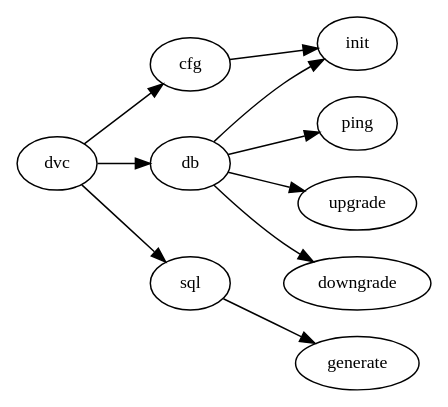
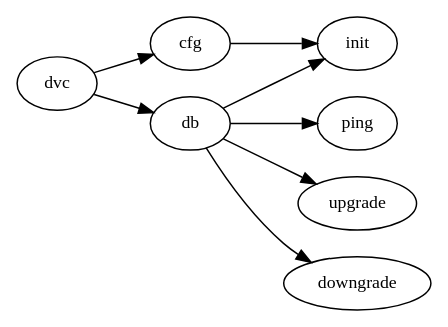
The first of 6 diagrams in docs/design/overview.rst (kenho811/Python_Database_Version_Control), drawn with Graphviz before and after one commit. The commit also changed other lines of this file and 6 other files, not shown here.

```diff
--- a/docs/design/overview.rst
+++ b/docs/design/overview.rst
@@ -14,18 +14,17 @@
 .. graphviz::
    :name: Database Verion Control CLI Commands and Subcommands
    :caption: DVC CLI Commands and Subcommands
    :align: center
 
    digraph cli {
       graph [fontname="Verdana", fontsize="12"];
       node [fontname="Verdana", fontsize="12"];
       edge [fontname="Sans", fontsize="9"];
       rankdir="LR";
 
-     dvc -> {cfg, db, sql}
+     dvc -> {cfg, db}
      cfg -> init
      db -> {ping, init, upgrade, downgrade}
-     sql -> generate
 
 
    }
```
